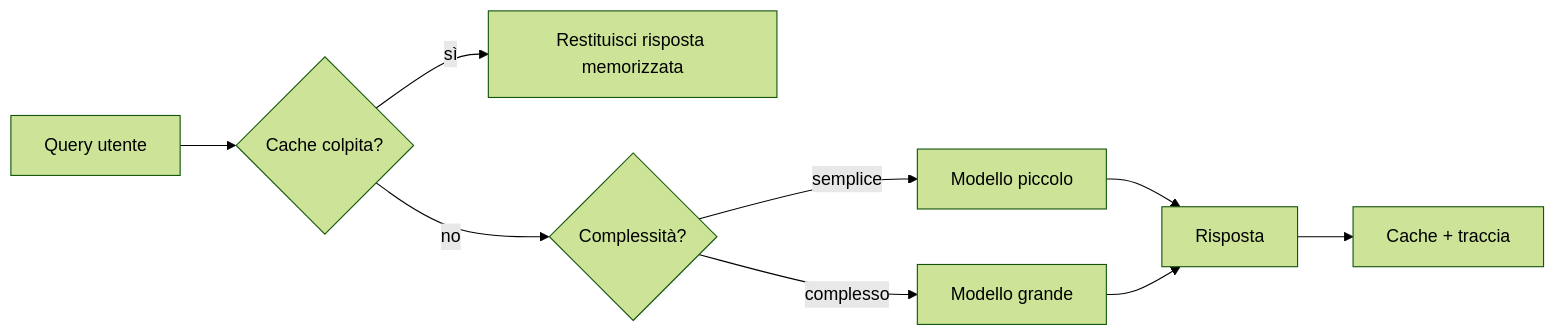
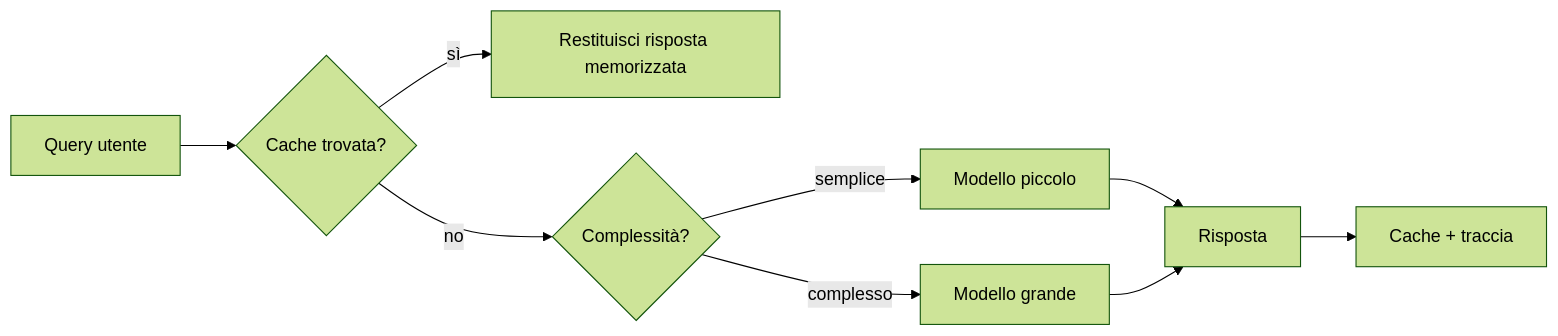
The third of 4 diagrams in translations/it/16-deploying-scalable-agents/README.md (microsoft/ai-agents-for-beginners), drawn with Mermaid (forest theme) before and after one commit. The commit also changed other lines of this file and 47 other files, not shown here.

````diff
--- a/translations/it/16-deploying-scalable-agents/README.md
+++ b/translations/it/16-deploying-scalable-agents/README.md
@@ -134,11 +134,11 @@
 ```mermaid
 flowchart LR
-    Q[Query utente] --> C{Cache colpita?}
+    Q[Query utente] --> C{Cache trovata?}
     C -->|sì| R[Restituisci risposta memorizzata]
     C -->|no| Router{Complessità?}
     Router -->|semplice| SLM[Modello piccolo]
     Router -->|complesso| LLM[Modello grande]
     SLM --> Out[Risposta]
     LLM --> Out
     Out --> Store[Cache + traccia]
 ```
````
